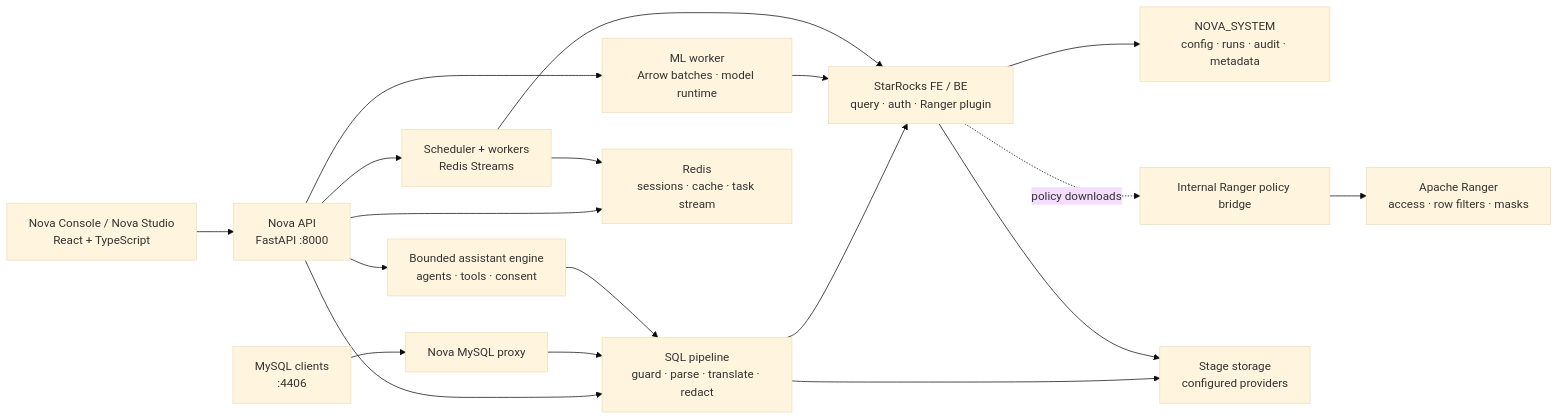
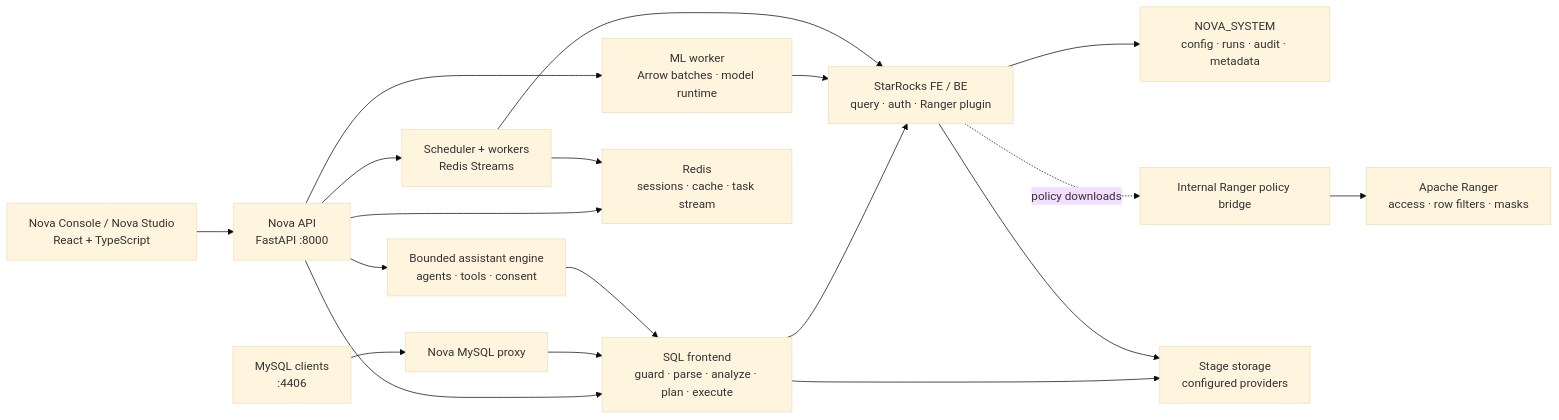
The diagram in README.md (dwickyfp/nova), drawn with Mermaid (base theme) before and after one commit. The commit also changed other lines of this file and 73 other files, not shown here.

````diff
--- a/README.md
+++ b/README.md
@@ -93,36 +93,36 @@
 ```mermaid
 flowchart LR
     Web["Nova Console / Nova Studio<br/>React + TypeScript"]
     Client["MySQL clients<br/>:4406"]
     API["Nova API<br/>FastAPI :8000"]
     Proxy["Nova MySQL proxy"]
-    SQL["SQL pipeline<br/>guard · parse · translate · redact"]
+    SQL["SQL frontend<br/>guard · parse · analyze · plan · execute"]
     Agent["Bounded assistant engine<br/>agents · tools · consent"]
     ML["ML worker<br/>Arrow batches · model runtime"]
     Tasks["Scheduler + workers<br/>Redis Streams"]
     FE["StarRocks FE / BE<br/>query · auth · Ranger plugin"]
     System["NOVA_SYSTEM<br/>config · runs · audit · metadata"]
     Redis["Redis<br/>sessions · cache · task stream"]
     Bridge["Internal Ranger policy bridge"]
     Ranger["Apache Ranger<br/>access · row filters · masks"]
     Stage["Stage storage<br/>configured providers"]
 
     Web --> API
     Client --> Proxy
     API --> SQL
     Proxy --> SQL
     API --> Agent
     Agent --> SQL
     API --> ML
     API --> Tasks
     SQL --> FE
     ML --> FE
     Tasks --> FE
     FE --> System
     API --> Redis
     Tasks --> Redis
     FE -.->|policy downloads| Bridge
     Bridge --> Ranger
     SQL --> Stage
     FE --> Stage
 ```
````
